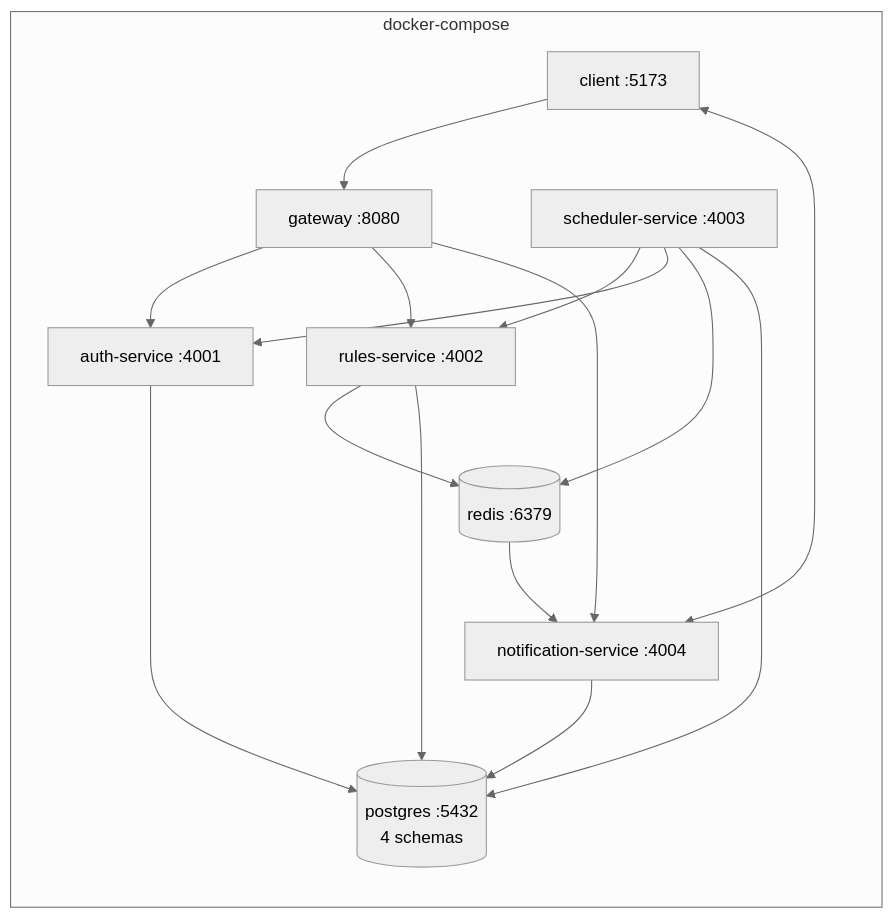
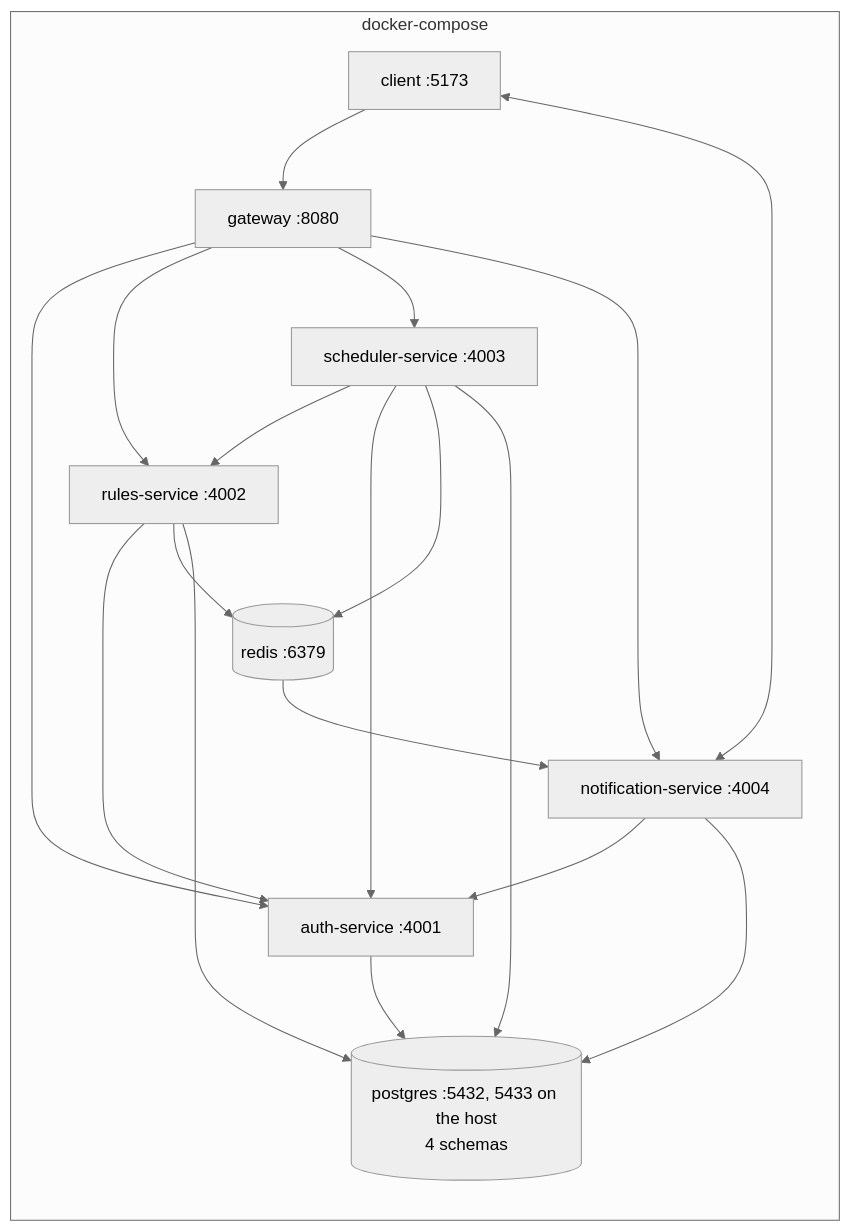
Before and after one commit to Vivianmurathimi/orgpulse: diagram 11 of 11 in docs/architecture.md, drawn with Mermaid (neutral theme). The commit also changed other lines of this file and 5 other files, not shown here.

````diff
--- a/docs/architecture.md
+++ b/docs/architecture.md
@@ -353,22 +375,24 @@
 ```mermaid
 flowchart LR
     subgraph docker-compose
         web[client :5173]
         gw[gateway :8080]
         auth[auth-service :4001]
         rules[rules-service :4002]
         sched[scheduler-service :4003]
         notif[notification-service :4004]
-        pg[(postgres :5432<br/>4 schemas)]
+        pg[(postgres :5432, 5433 on the host<br/>4 schemas)]
         redis[(redis :6379)]
     end
 
     web --> gw
     web <--> notif
-    gw --> auth & rules & notif
+    gw --> auth & rules & sched & notif
     sched --> rules & auth
+    rules --> auth
+    notif --> auth
     sched --> redis
     rules --> redis
     redis --> notif
     auth & rules & sched & notif --> pg
 ```
````
